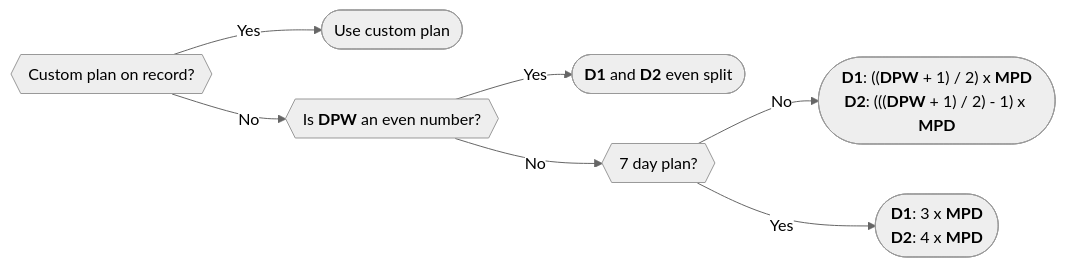
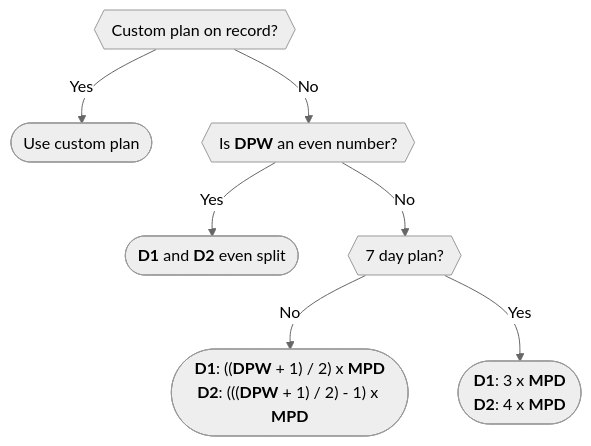
The diagram in tnm-docs/docs/Application/Features/meal-plan-generation.md (the-nutritionist-mcr/online), drawn with Mermaid (neutral theme) before and after one commit.

````diff
--- a/tnm-docs/docs/Application/Features/meal-plan-generation.md
+++ b/tnm-docs/docs/Application/Features/meal-plan-generation.md
@@ -37,11 +37,11 @@
 ```mermaid
-flowchart LR
+flowchart TD
     A{{Custom plan on record?}}-->|Yes|B([Use custom plan])
     A-->|No|D{{"`Is **DPW** an even number?`"}}
     D-->|Yes|E(["`**D1** and **D2** even split`"])
     D-->|No|F{{7 day plan?}}
     F-->|No|G(["`**D1**: ((**DPW** + 1) / 2) x **MPD**
     **D2**: (((**DPW** + 1) / 2) - 1) x **MPD**`"])
     F-->|Yes|H(["`**D1**: 3 x **MPD**
     **D2**: 4 x **MPD**`"])
 ```
````
